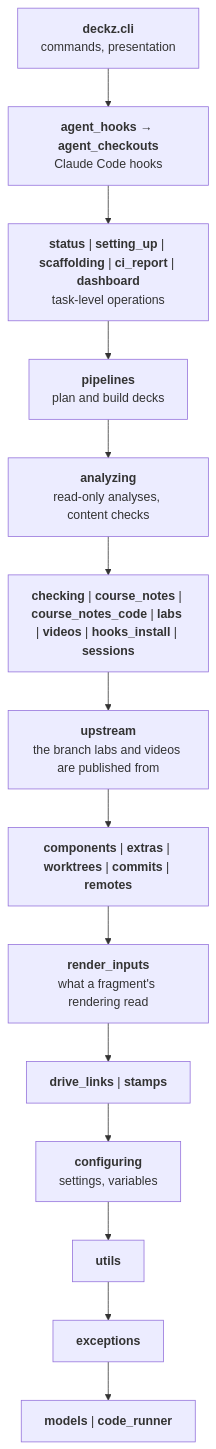
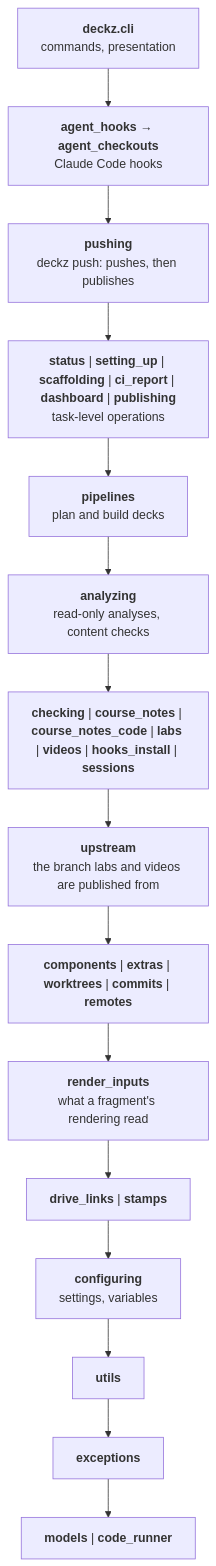
Before and after one commit to shuuchuu/deckz: the second of 2 diagrams in docs/architecture/index.md, drawn with Mermaid. The commit also changed other lines of this file and 19 other files, not shown here.

````diff
--- a/docs/architecture/index.md
+++ b/docs/architecture/index.md
@@ -60,18 +60,19 @@
 ```mermaid
 flowchart TB
     cli["<b>deckz.cli</b><br/>commands, presentation"]
     agent["<b>agent_hooks</b> → <b>agent_checkouts</b><br/>Claude Code hooks"]
-    tasks["<b>status</b> | <b>setting_up</b> | <b>scaffolding</b> | <b>ci_report</b> | <b>dashboard</b><br/>task-level operations"]
+    pushing["<b>pushing</b><br/>deckz push: pushes, then publishes"]
+    tasks["<b>status</b> | <b>setting_up</b> | <b>scaffolding</b> | <b>ci_report</b> | <b>dashboard</b> | <b>publishing</b><br/>task-level operations"]
     pipelines["<b>pipelines</b><br/>plan and build decks"]
     analyzing["<b>analyzing</b><br/>read-only analyses, content checks"]
     mid["<b>checking</b> | <b>course_notes</b> | <b>course_notes_code</b> | <b>labs</b> | <b>videos</b> | <b>hooks_install</b> | <b>sessions</b>"]
     upstream["<b>upstream</b><br/>the branch labs and videos are published from"]
     components["<b>components</b> | <b>extras</b> | <b>worktrees</b> | <b>commits</b> | <b>remotes</b>"]
     inputs["<b>render_inputs</b><br/>what a fragment's rendering read"]
     low["<b>drive_links</b> | <b>stamps</b>"]
     configuring["<b>configuring</b><br/>settings, variables"]
     utils["<b>utils</b>"]
     exceptions["<b>exceptions</b>"]
     models["<b>models</b> | <b>code_runner</b>"]
-    cli --> agent --> tasks --> pipelines --> analyzing --> mid --> upstream --> components --> inputs --> low --> configuring --> utils --> exceptions --> models
+    cli --> agent --> pushing --> tasks --> pipelines --> analyzing --> mid --> upstream --> components --> inputs --> low --> configuring --> utils --> exceptions --> models
 ```
````
